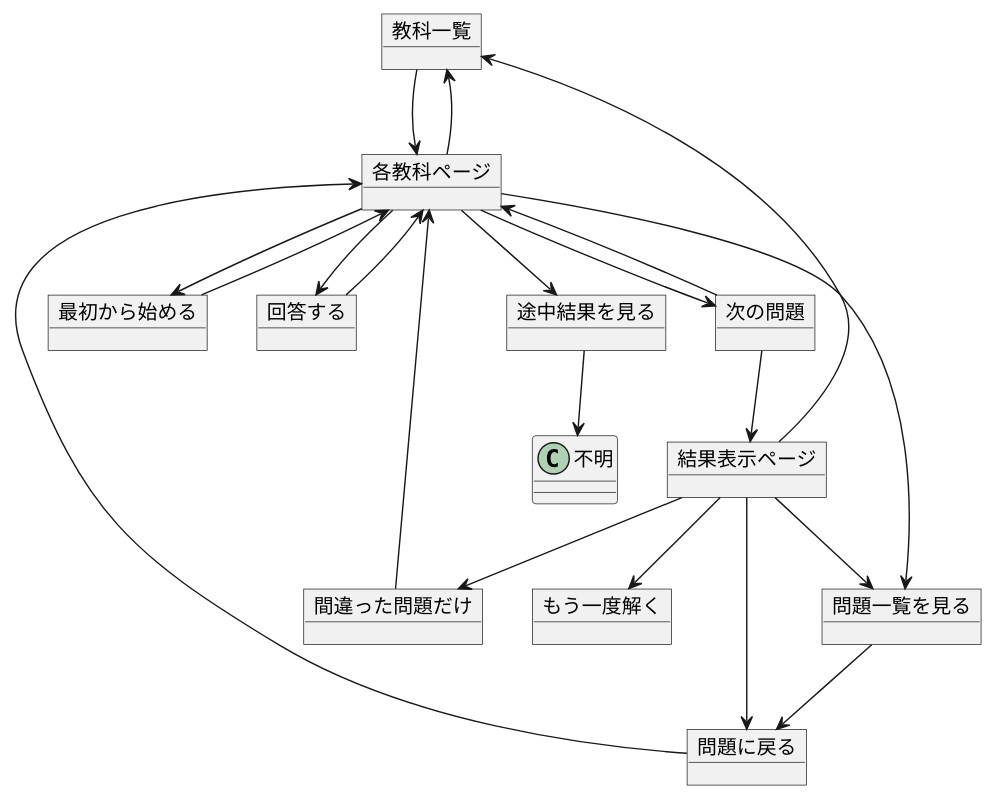
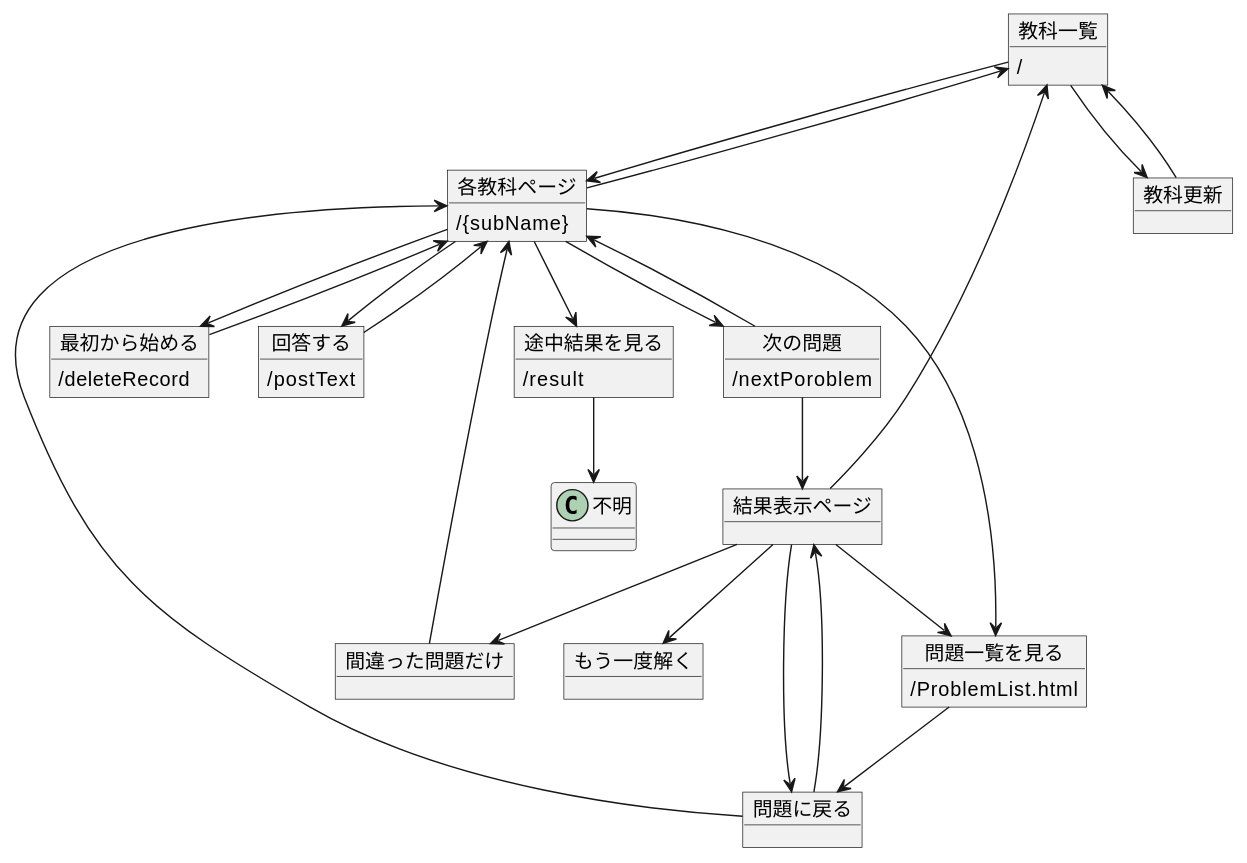
The diagram in サイトマップ.md (SeiyaIwabuchi/OnlineLearningSite), drawn with PlantUML before and after one commit. The commit also changed 5 other files, not shown here.

````diff
--- a/サイトマップ.md
+++ b/サイトマップ.md
@@ -1,35 +1,53 @@
 ``` plantuml
 @startuml
-object 教科一覧
-object 各教科ページ
-object 回答する
-object 最初から始める
-object 問題一覧を見る
-object 途中結果を見る
+object 教科一覧{
+    /
+}
+object 各教科ページ{
+    /{subName}
+}
+object 回答する{
+    /postText
+}
+object 最初から始める{
+    /deleteRecord
+}
+object 問題一覧を見る{
+    /ProblemList.html
+}
+object 途中結果を見る{
+    /result
+}
 object 結果表示ページ
-object 次の問題
+object 次の問題{
+    /nextPoroblem
+}
 object 問題に戻る
 object もう一度解く
 object 間違った問題だけ
+object 教科更新
 教科一覧 --> 各教科ページ
 各教科ページ --> 回答する
 各教科ページ --> 最初から始める
 各教科ページ --> 問題一覧を見る
 各教科ページ --> 途中結果を見る
 各教科ページ --> 教科一覧
 回答する --> 各教科ページ
 最初から始める --> 各教科ページ
 問題一覧を見る --> 問題に戻る
 問題に戻る --> 各教科ページ
 途中結果を見る --> 不明
 次の問題 --> 結果表示ページ
 結果表示ページ --> 問題一覧を見る
 結果表示ページ --> 問題に戻る
 結果表示ページ --> もう一度解く
 結果表示ページ --> 間違った問題だけ
 結果表示ページ --> 教科一覧
 各教科ページ --> 次の問題
 次の問題 --> 各教科ページ
 間違った問題だけ --> 各教科ページ
+教科更新 --> 教科一覧
+教科一覧 --> 教科更新
+問題に戻る --> 結果表示ページ
 @enduml
 ```
````
